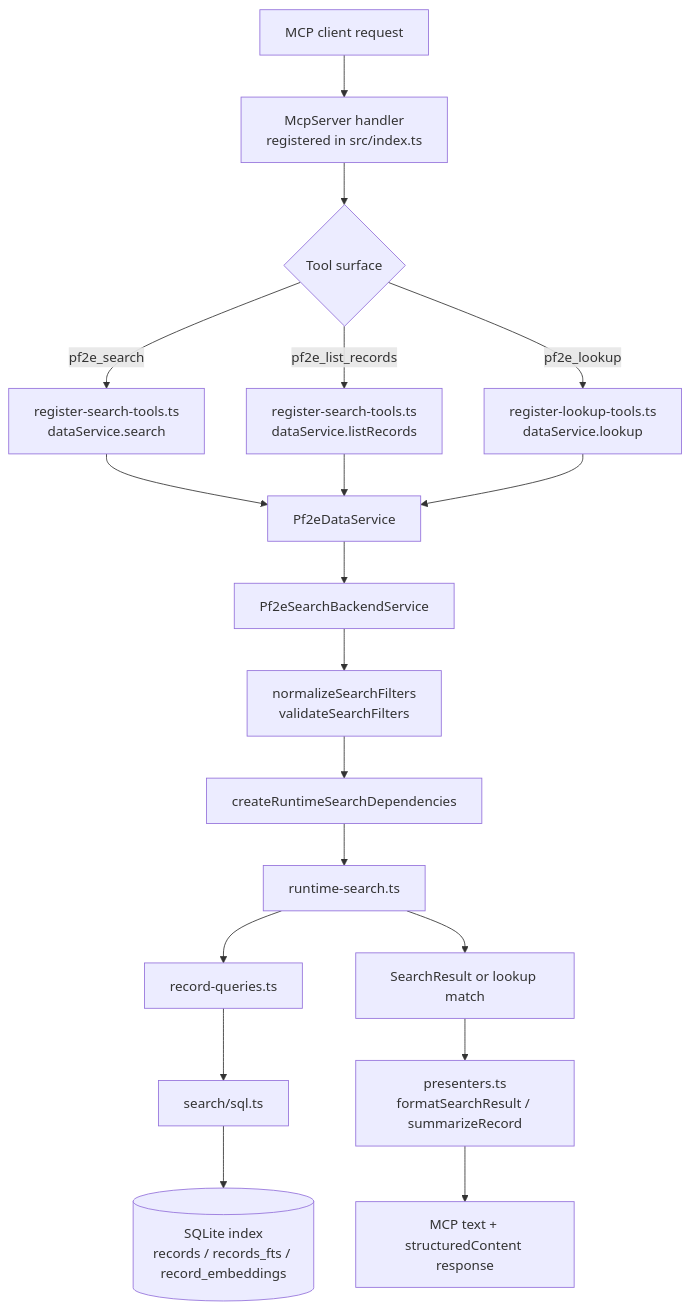
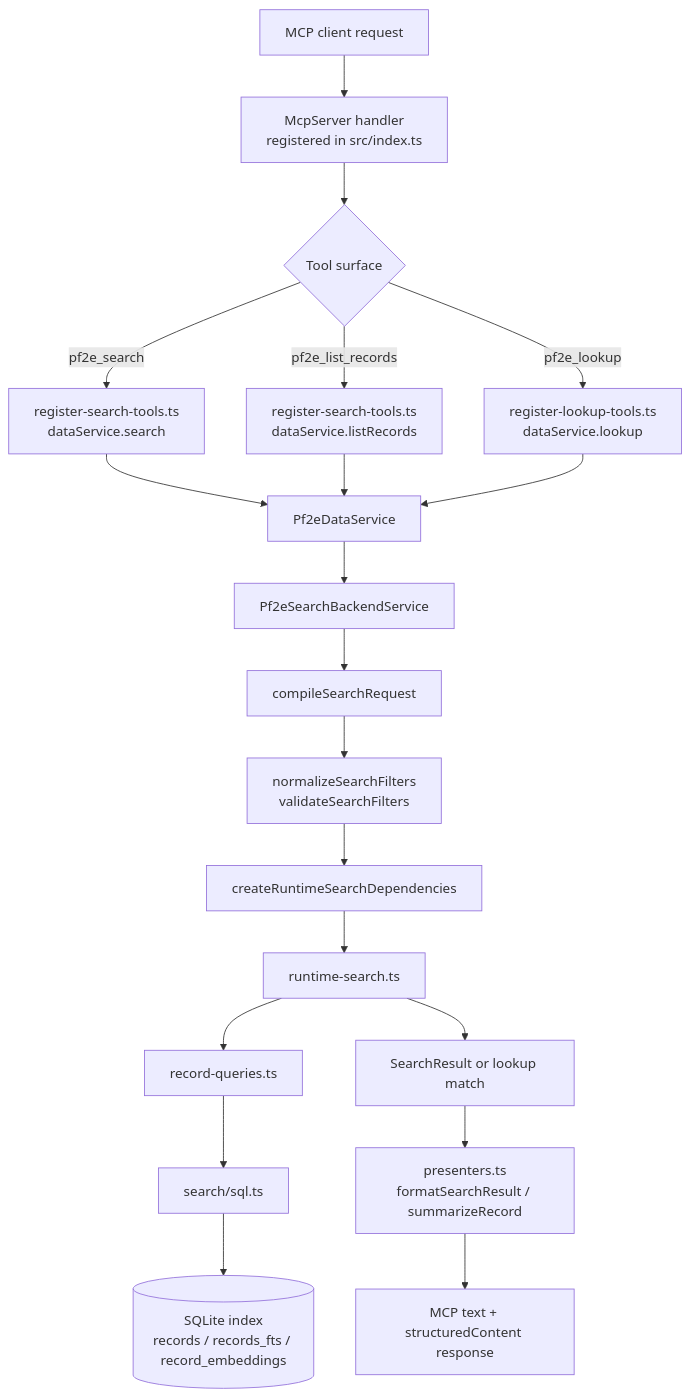
Before and after one commit to e-kosten/pf2e-atlas: the first of 2 diagrams in docs/architecture/search.md, drawn with Mermaid. The commit also changed other lines of this file and 42 other files, not shown here.

First line of the commit message:
feat(search): converge search semantics on SearchRequest

````diff
--- a/docs/architecture/search.md
+++ b/docs/architecture/search.md
@@ -44,24 +46,25 @@
 ```mermaid
 flowchart TD
   A[MCP client request] --> B[McpServer handler<br/>registered in src/index.ts]
   B --> C{Tool surface}
   C -->|pf2e_search| D[register-search-tools.ts<br/>dataService.search]
   C -->|pf2e_list_records| E[register-search-tools.ts<br/>dataService.listRecords]
   C -->|pf2e_lookup| F[register-lookup-tools.ts<br/>dataService.lookup]
 
   D --> G[Pf2eDataService]
   E --> G
   F --> G
 
   G --> H[Pf2eSearchBackendService]
-  H --> I[normalizeSearchFilters<br/>validateSearchFilters]
-  I --> J[createRuntimeSearchDependencies]
-  J --> K[runtime-search.ts]
-  K --> L[record-queries.ts]
-  L --> M[search/sql.ts]
-  M --> N[(SQLite index<br/>records / records_fts / record_embeddings)]
+  H --> I[compileSearchRequest]
+  I --> J[normalizeSearchFilters<br/>validateSearchFilters]
+  J --> K[createRuntimeSearchDependencies]
+  K --> L[runtime-search.ts]
+  L --> M[record-queries.ts]
+  M --> N[search/sql.ts]
+  N --> O[(SQLite index<br/>records / records_fts / record_embeddings)]
 
-  K --> O[SearchResult or lookup match]
-  O --> P[presenters.ts<br/>formatSearchResult / summarizeRecord]
-  P --> Q[MCP text + structuredContent response]
+  L --> P[SearchResult or lookup match]
+  P --> Q[presenters.ts<br/>formatSearchResult / summarizeRecord]
+  Q --> R[MCP text + structuredContent response]
 ```
````
